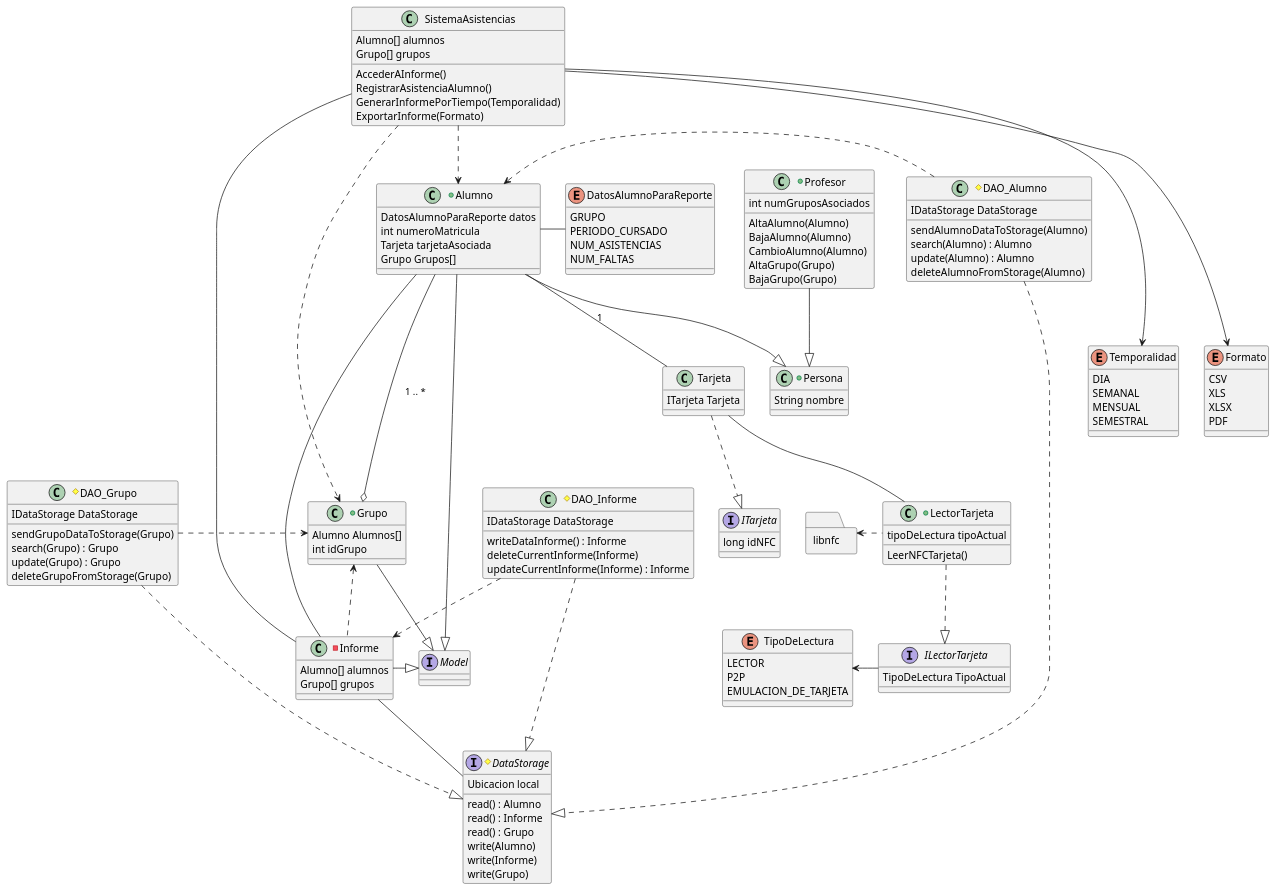
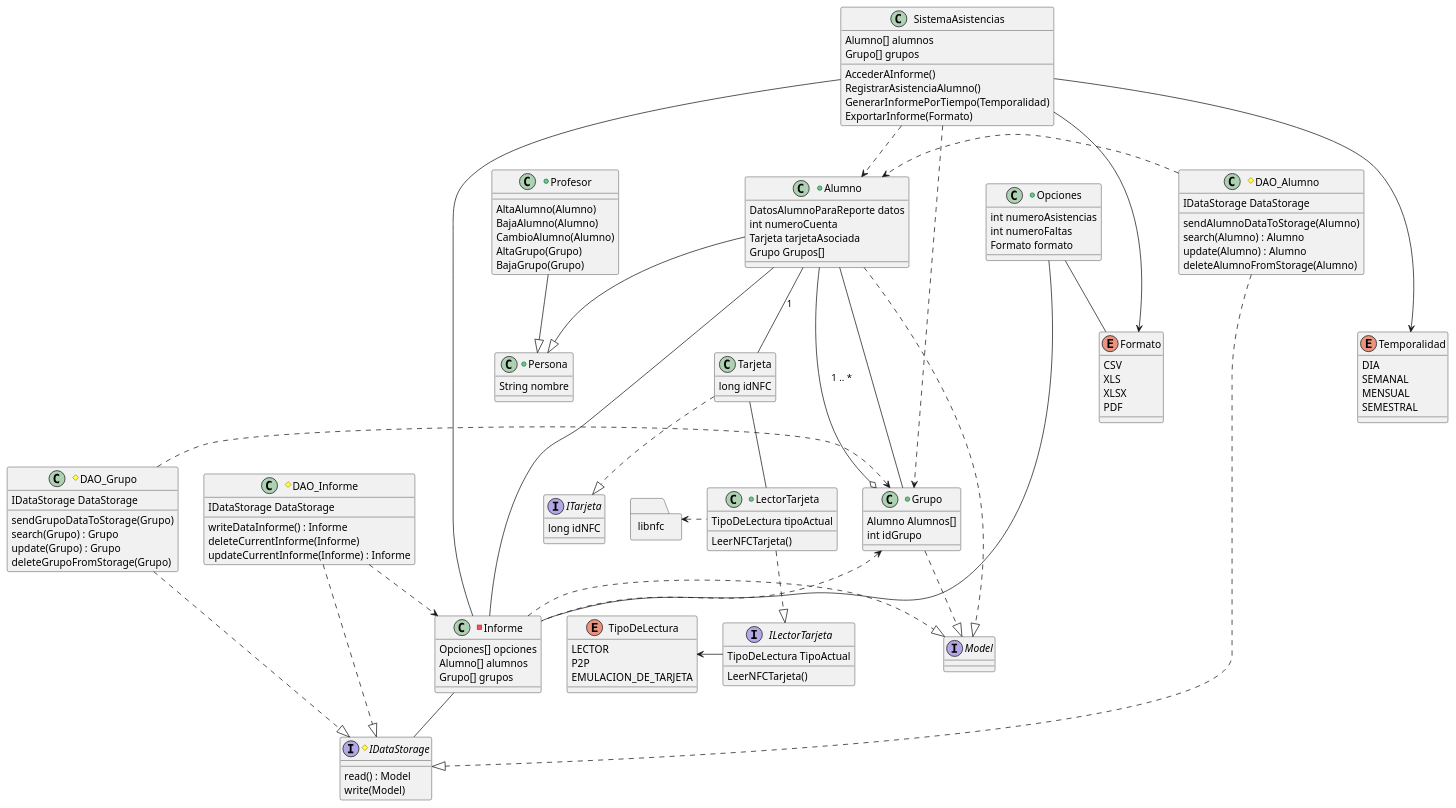
One commit to GirTabAleph/ProyectoSistemas changed the diagram in Diseño/Diseño/3.Diagrama de clases/diagramaClases.puml. Above: the diagram before and after it, drawn with PlantUML.

```diff
--- a/Diseño/Diseño/3.Diagrama de clases/diagramaClases.puml
+++ b/Diseño/Diseño/3.Diagrama de clases/diagramaClases.puml
@@ -30,18 +30,12 @@
 
 }
 
-enum DatosAlumnoParaReporte{
-
-GRUPO
-PERIODO_CURSADO
-NUM_ASISTENCIAS
-NUM_FALTAS
-
-}
 
 interface ILectorTarjeta{
 
 TipoDeLectura TipoActual
+
+LeerNFCTarjeta()
 
 }
 
@@ -54,29 +48,25 @@
 interface Model{
 }
 
-#interface DataStorage{
-Ubicacion local
+#interface IDataStorage{
 
 'Toda esta interfaz es únicamente de métodos.
-read() : Alumno
-read() : Informe
-read() : Grupo
-write(Alumno)
-write(Informe)
-write(Grupo)
+read() : Model
+write(Model)
+
 
 }
 
 
 class Tarjeta{ 
 
-ITarjeta Tarjeta
+long idNFC
 
 }
 
 +class LectorTarjeta{
 
-tipoDeLectura tipoActual
+TipoDeLectura tipoActual
 
 'Métodos.
 LeerNFCTarjeta()
@@ -92,15 +82,13 @@
 +class Alumno{
 
 DatosAlumnoParaReporte datos
-int numeroMatricula
+int numeroCuenta
 Tarjeta tarjetaAsociada
 Grupo Grupos[]
 
 } 
 
 +class Profesor{
-
-int numGruposAsociados
 
 'Métodos.
 AltaAlumno(Alumno)
@@ -166,9 +154,17 @@
 'Privado porque solo el profesor interactúa con él.
 -class Informe{
 
+Opciones[] opciones
 Alumno[] alumnos
 Grupo[] grupos
 
+}
+
++class Opciones{
+
+int numeroAsistencias
+int numeroFaltas
+Formato formato
 
 }
 
@@ -189,8 +185,9 @@
 SistemaAsistencias ..> Grupo
 SistemaAsistencias -- Informe
 
-Alumno - DatosAlumnoParaReporte
-Alumno --|> Model
+Opciones -- Formato
+
+Alumno ..|> Model
 
 'Para este sistema un alumno solo puede tener una tarjeta a menos que deba hacer el reemplazo.
 Alumno -- Tarjeta: 1
@@ -198,23 +195,26 @@
 'Un cambio en la clase grupo afecta a la clase reporte, por eso es una dependencia.
 Grupo <.. Informe
 
+Grupo --- Alumno
+
+Opciones -- Informe
+
 DAO_Alumno .> Alumno
 DAO_Grupo .> Grupo
 Alumno ---o Grupo: 1 .. *
-Grupo -|> Model
+Grupo .|> Model
 DAO_Informe .> Informe
-Informe -- DataStorage
+Informe -- IDataStorage
 
 'Un cambio en DataStorage cambia el funcionamiento de los DAOs. Además deben implementar a IDataStorage
-DAO_Alumno ...|> DataStorage
-DAO_Grupo ...|> DataStorage
-DAO_Informe ...|> DataStorage
+DAO_Alumno ...|> IDataStorage
+DAO_Grupo ...|> IDataStorage
+DAO_Informe ...|> IDataStorage
 
 Alumno --- Informe
 
 Profesor --|> Persona
 Alumno --|> Persona
 
-Informe -|> Model
-
+Informe .|> Model
 @enduml
```
